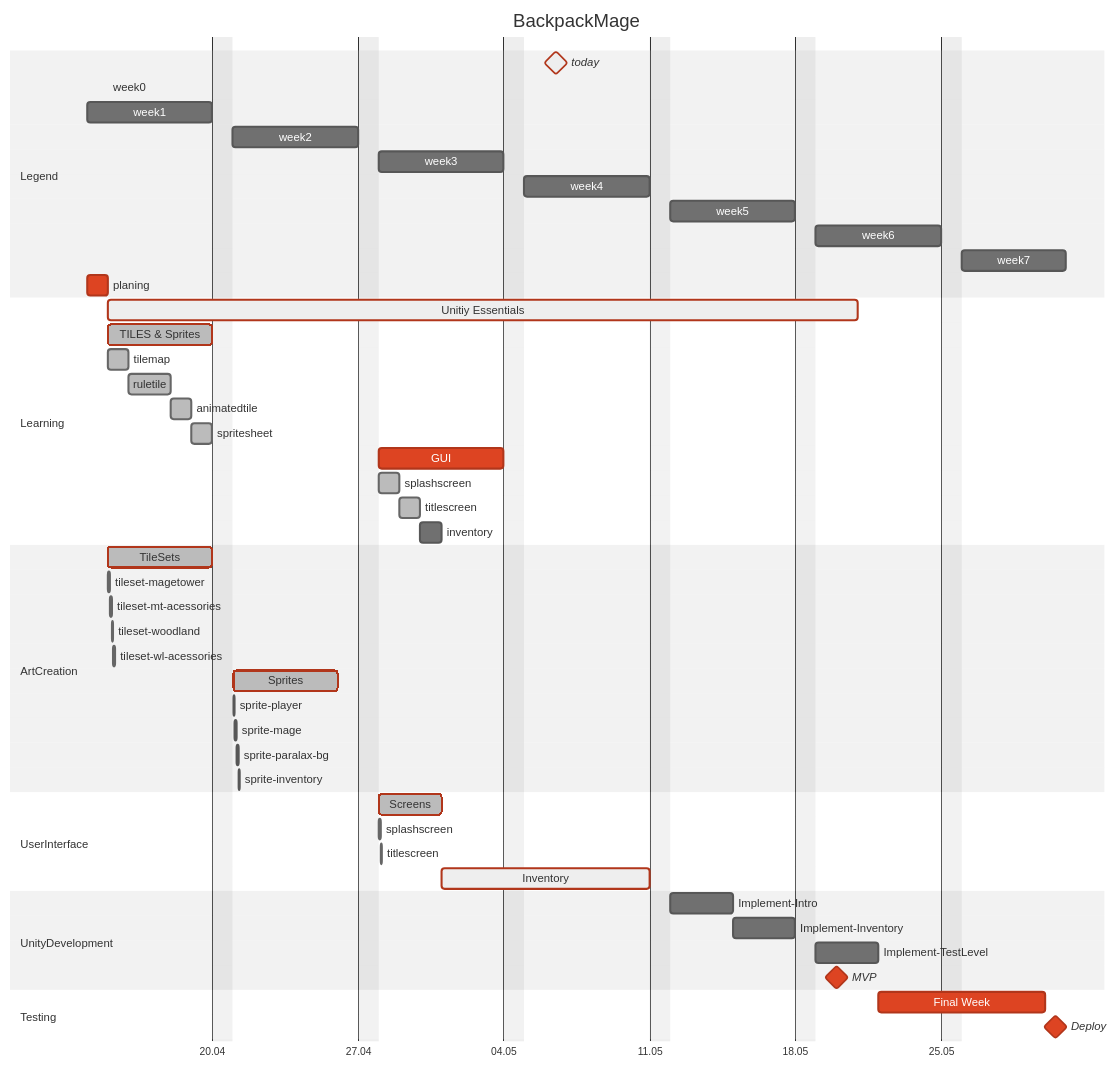
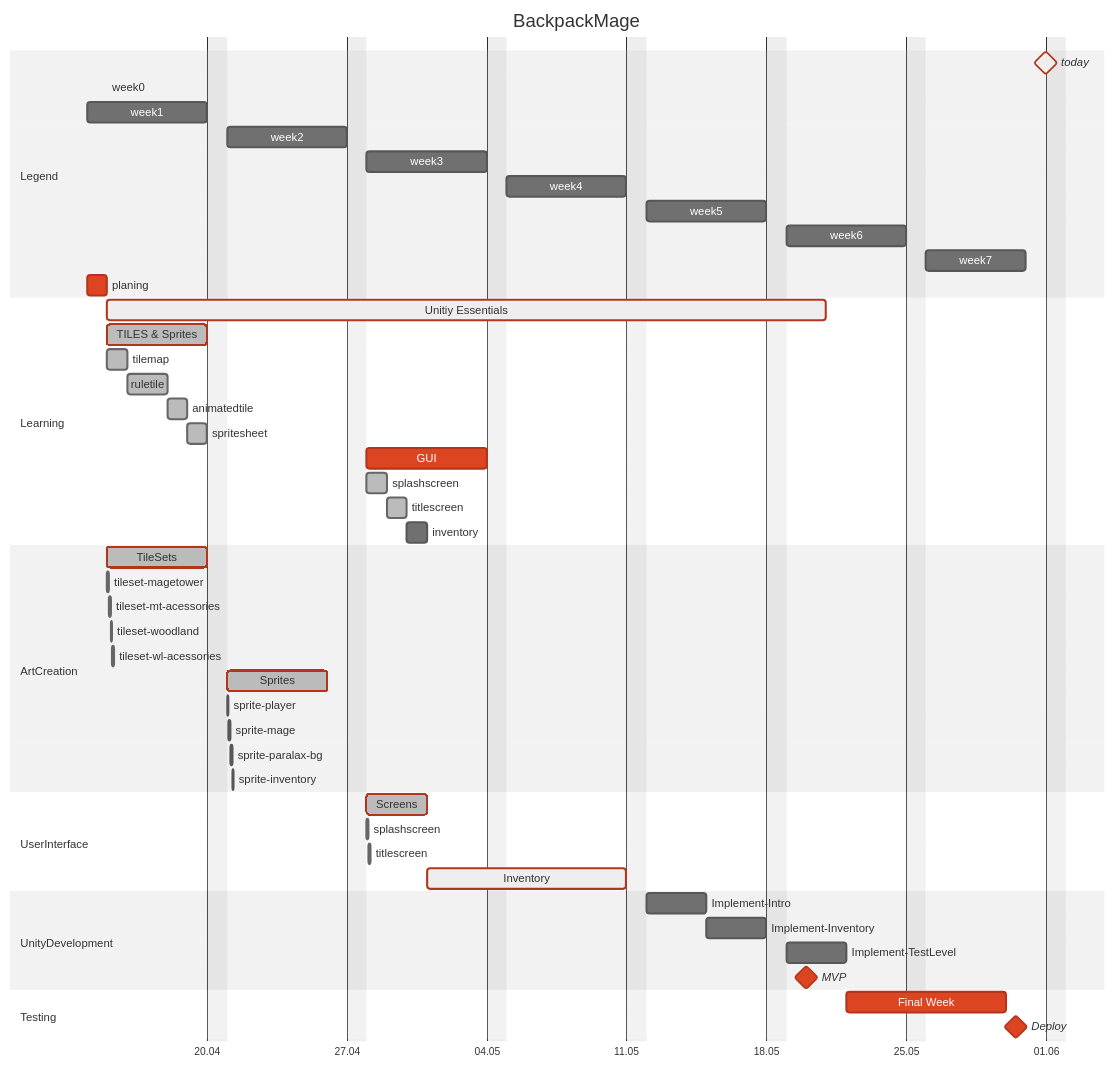
One commit to IxI-Enki/backpackmage changed the diagram in README.md. Above: the diagram before and after it, drawn with Mermaid (neutral theme).

````diff
--- a/README.md
+++ b/README.md
@@ -40,83 +40,83 @@
 ```mermaid
 gantt
     %%   T I T L E
     title BackpackMage
 
     dateFormat DD-MM-YYYY
     excludes sunday
 
     axisFormat %d.%m
 
     section Legend
-        today : milestone, crit, active, t0, 06-05-2025, 24h
+        today : milestone, crit, active, t0, 31-05-2025, 24h
         week0 : w0, 15-04-2025, 1m
         week1 : w1, 14-04-2025, 6d
         week2 : w2, 21-04-2025, 6d
         week3 : w3, 28-04-2025, 6d
         week4 : w4, 05-05-2025, 6d
         week5 : w5, 12-05-2025, 6d
         week6 : w6, 19-05-2025, 6d
         week7 : w7, 26-05-2025, 5d
 
         planing               :          crit , plan , 14-04-2025 , 1d
     section Learning
         Unitiy Essentials     : active , crit ,  U , after w0 , 31d
 
         TILES & Sprites       :   done , crit ,  t , after w0 ,  5d
         tilemap               :   done ,        tm , after w0 ,  1d
 
         ruletile              :   done ,        tr , after tm   ,  2d
         animatedtile          :   done ,        ta , after tr   ,  1d
         spritesheet           :   done ,         s , after ta   ,  1d
 
 
         GUI                   :          crit ,  g , after w2 ,  6d
         splashscreen          :   done ,         s , after w2 ,  1d
         titlescreen           :   done ,        ts , after s    ,  1d
 
         inventory             :                   i, after ts   ,  1d
 
 
 
     section ArtCreation
 
         %%   T I L E S E T S
         TileSets              :   done , crit , tis , after w0 , 120h
         tileset-magetower     :   done ,        tsm , after w0 , 2h
         tileset-mt-acessories :   done ,       tsma , after tsm  , 2h
         tileset-woodland      :   done ,        tsw , after tsma , 2h
         tileset-wl-acessories :   done ,       tswa , after tsw  , 2h
 
         %%   S P R I T E S
         Sprites               :   done , crit , spr , after tis   , 120h
         sprite-player         :                 spp , after tis   , 2h
         sprite-mage           :                 spm , after spp   , 2h
         sprite-paralax-bg     :  active,       spgb , after spm   , 2h
         sprite-inventory      :  active,       spin , after spgb  , 2h
 
     section UserInterface
         Screens               :   done , crit , scr , after w2    , 3d
         splashscreen          :   done ,       spls , after w2    , 2h
         titlescreen           :   done ,       tits , after spls  , 2h
 
         Inventory             : active ,  crit , inv , after scr   , 9d
 
     section UnityDevelopment
         Implement-Intro       :               intro , after inv , 3d
 
         Implement-Inventory   :               invent , after intro , 3d
 
         Implement-TestLevel   :               test , after invent , 3d
 
     %%   M I N I M A L   V I A B L E   P R O J E C T
     %%
     MVP                       : milestone , crit , 18-05-2025
 
     section Testing
         Final Week            :          crit , fiw , 22-05-2025 , 7d
 
     %%   D E P L O Y M E N T
     %%
     Deploy                    : milestone , crit , 31-05-2025
 
 ```
````
